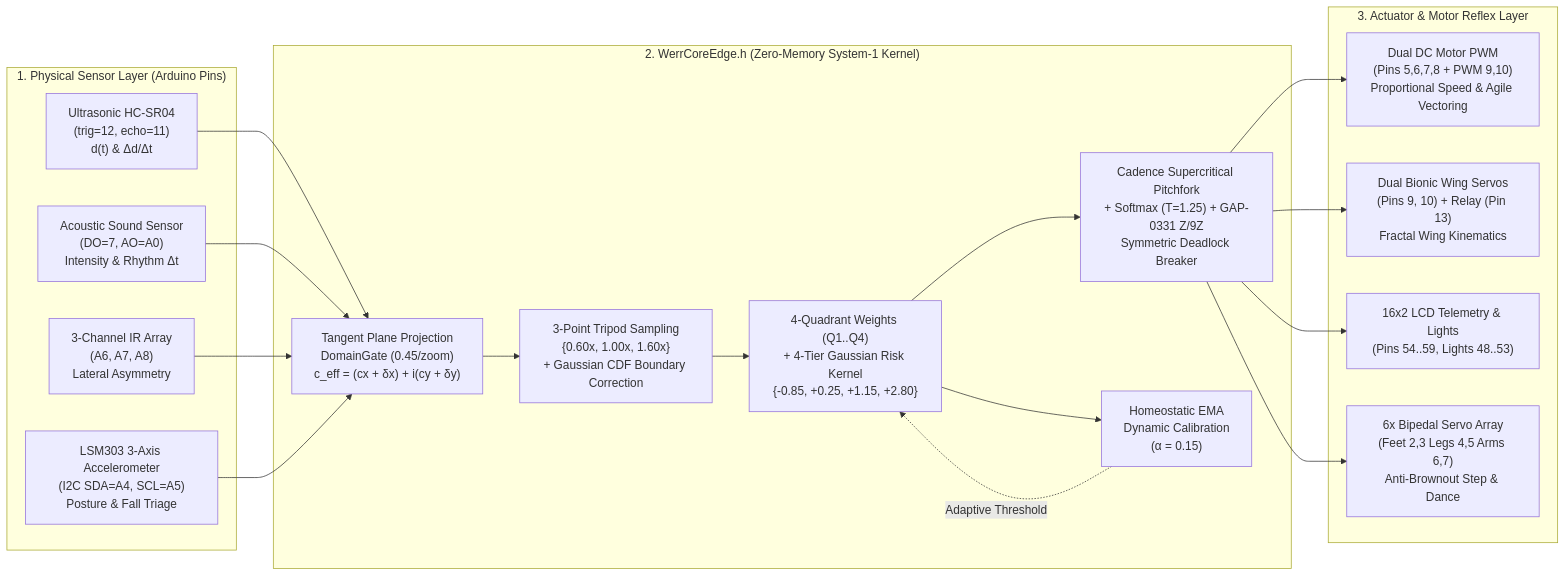
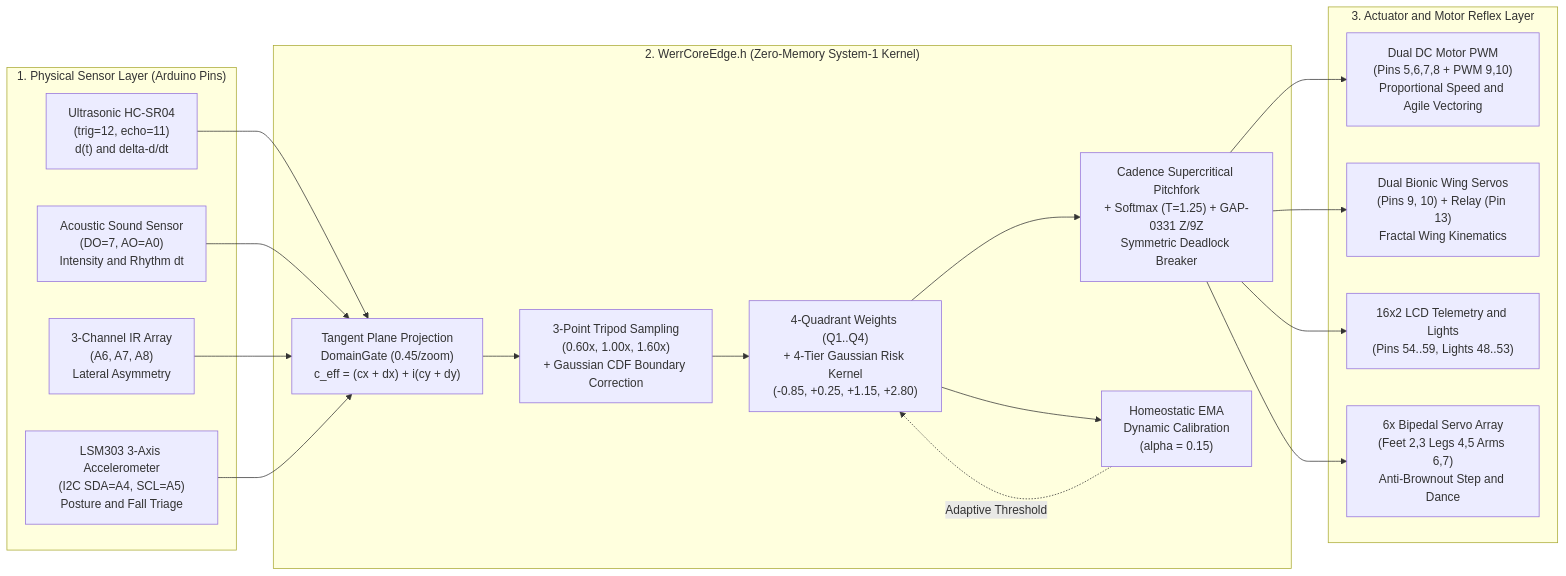
Before and after one commit to pCwOrM/WERRobotics: the diagram in README.md, drawn with Mermaid. The commit also changed other lines of this file and 1 other file, not shown here.

Commit message:
fix(docs): resolve GitHub Mermaid rendering error and markdown table column splitting
- Replaced literal backslash-n with <br/> tags in Mermaid node labels
- Added space between subgraph identifiers and brackets for strict parser compliance
- Replaced reserved & character with 'and' in subgraph titles and node strings
- Expanded multi-node & connections into clean explicit arrows for GitHub renderer
- Escaped pipe characters in LaTeX absolute value formula using \lvert ... \rvert to prevent table cell splitting

````diff
--- a/README.md
+++ b/README.md
@@ -60,31 +60,38 @@
 ```mermaid
 flowchart LR
-    subgraph SENSORS["1. Physical Sensor Layer (Arduino Pins)"]
-        S1["Ultrasonic HC-SR04\n(trig=12, echo=11)\nd(t) & Δd/Δt"]
-        S2["Acoustic Sound Sensor\n(DO=7, AO=A0)\nIntensity & Rhythm Δt"]
-        S3["3-Channel IR Array\n(A6, A7, A8)\nLateral Asymmetry"]
-        S4["LSM303 3-Axis Accelerometer\n(I2C SDA=A4, SCL=A5)\nPosture & Fall Triage"]
+    subgraph SENSORS ["1. Physical Sensor Layer (Arduino Pins)"]
+        S1["Ultrasonic HC-SR04<br/>(trig=12, echo=11)<br/>d(t) and delta-d/dt"]
+        S2["Acoustic Sound Sensor<br/>(DO=7, AO=A0)<br/>Intensity and Rhythm dt"]
+        S3["3-Channel IR Array<br/>(A6, A7, A8)<br/>Lateral Asymmetry"]
+        S4["LSM303 3-Axis Accelerometer<br/>(I2C SDA=A4, SCL=A5)<br/>Posture and Fall Triage"]
     end
 
-    subgraph KERNEL["2. WerrCoreEdge.h (Zero-Memory System-1 Kernel)"]
-        P["Tangent Plane Projection\nDomainGate (0.45/zoom)\nc_eff = (cx + δx) + i(cy + δy)"]
-        T["3-Point Tripod Sampling\n{0.60x, 1.00x, 1.60x}\n+ Gaussian CDF Boundary Correction"]
-        Q["4-Quadrant Weights (Q1..Q4)\n+ 4-Tier Gaussian Risk Kernel\n{-0.85, +0.25, +1.15, +2.80}"]
-        B["Cadence Supercritical Pitchfork\n+ Softmax (T=1.25) + GAP-0331 Z/9Z\nSymmetric Deadlock Breaker"]
-        E["Homeostatic EMA\nDynamic Calibration\n(α = 0.15)"]
+    subgraph KERNEL ["2. WerrCoreEdge.h (Zero-Memory System-1 Kernel)"]
+        P["Tangent Plane Projection<br/>DomainGate (0.45/zoom)<br/>c_eff = (cx + dx) + i(cy + dy)"]
+        T["3-Point Tripod Sampling<br/>(0.60x, 1.00x, 1.60x)<br/>+ Gaussian CDF Boundary Correction"]
+        Q["4-Quadrant Weights (Q1..Q4)<br/>+ 4-Tier Gaussian Risk Kernel<br/>(-0.85, +0.25, +1.15, +2.80)"]
+        B["Cadence Supercritical Pitchfork<br/>+ Softmax (T=1.25) + GAP-0331 Z/9Z<br/>Symmetric Deadlock Breaker"]
+        E["Homeostatic EMA<br/>Dynamic Calibration<br/>(alpha = 0.15)"]
     end
 
-    subgraph ACTUATORS["3. Actuator & Motor Reflex Layer"]
-        A1["Dual DC Motor PWM\n(Pins 5,6,7,8 + PWM 9,10)\nProportional Speed & Agile Vectoring"]
-        A2["Dual Bionic Wing Servos\n(Pins 9, 10) + Relay (Pin 13)\nFractal Wing Kinematics"]
-        A3["16x2 LCD Telemetry & Lights\n(Pins 54..59, Lights 48..53)"]
-        A4["6x Bipedal Servo Array\n(Feet 2,3 Legs 4,5 Arms 6,7)\nAnti-Brownout Step & Dance"]
+    subgraph ACTUATORS ["3. Actuator and Motor Reflex Layer"]
+        A1["Dual DC Motor PWM<br/>(Pins 5,6,7,8 + PWM 9,10)<br/>Proportional Speed and Agile Vectoring"]
+        A2["Dual Bionic Wing Servos<br/>(Pins 9, 10) + Relay (Pin 13)<br/>Fractal Wing Kinematics"]
+        A3["16x2 LCD Telemetry and Lights<br/>(Pins 54..59, Lights 48..53)"]
+        A4["6x Bipedal Servo Array<br/>(Feet 2,3 Legs 4,5 Arms 6,7)<br/>Anti-Brownout Step and Dance"]
     end
 
-    S1 & S2 & S3 & S4 --> P
-    P --> T --> Q
+    S1 --> P
+    S2 --> P
+    S3 --> P
+    S4 --> P
+    P --> T
+    T --> Q
     Q --> B
     Q --> E
     E -.->|"Adaptive Threshold"| Q
-    B --> A1 & A2 & A3 & A4
+    B --> A1
+    B --> A2
+    B --> A3
+    B --> A4
 ```
````
